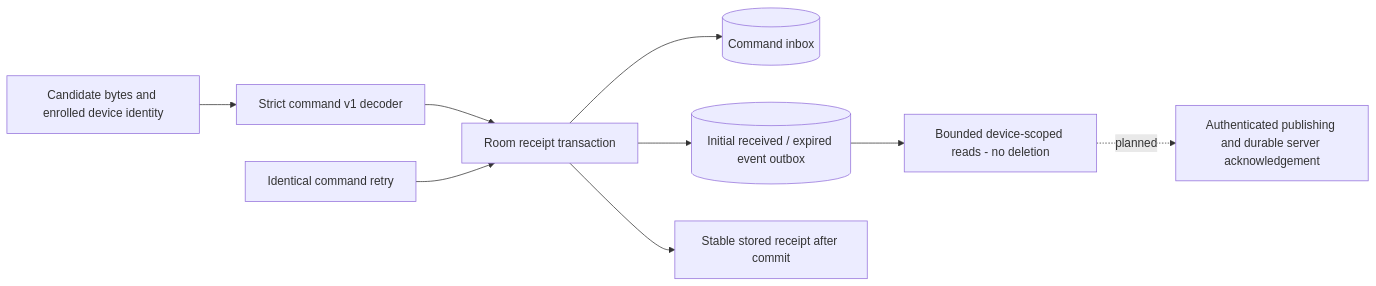
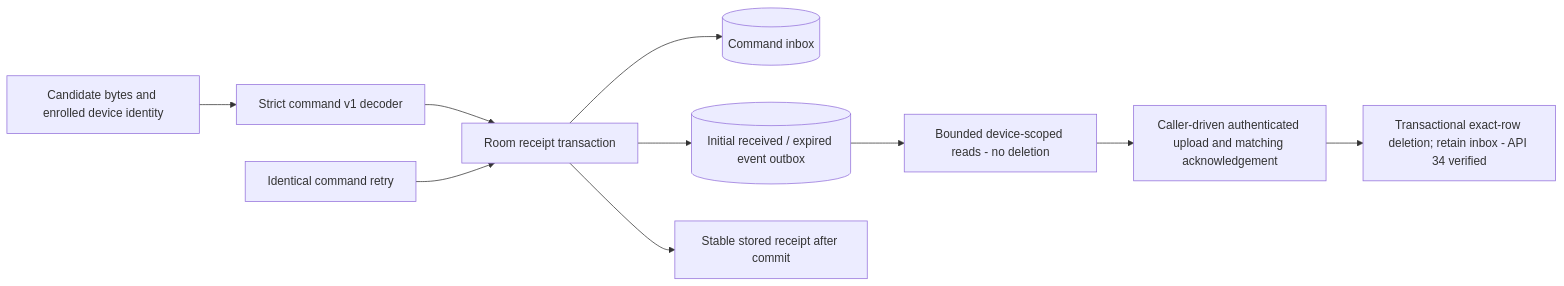
One commit to michaelnwanna/custom-android-mdm-agent changed the diagram in docs/android-command-journal.md. Above: the diagram before and after it, drawn with Mermaid. The commit also changed other lines of this file and 1011 other files, not shown here.

Commit message:
Delete acknowledged Android events after authenticated matching replies

````diff
--- a/docs/android-command-journal.md
+++ b/docs/android-command-journal.md
@@ -7,11 +9,12 @@
 ```mermaid
 flowchart LR
 		Candidate[Candidate bytes and enrolled device identity] --> Decoder[Strict command v1 decoder]
 		Decoder --> Transaction[Room receipt transaction]
 		Transaction --> Inbox[(Command inbox)]
 		Transaction --> Outbox[(Initial received / expired event outbox)]
 		Retry[Identical command retry] --> Transaction
 		Transaction --> Receipt[Stable stored receipt after commit]
 		Outbox --> Read[Bounded device-scoped reads - no deletion]
-		Read -. planned .-> Publish[Authenticated publishing and durable server acknowledgement]
+		Read --> Publish[Caller-driven authenticated upload and matching acknowledgement]
+		Publish --> Delete[Transactional exact-row deletion; retain inbox - API 34 verified]
 ```
````
